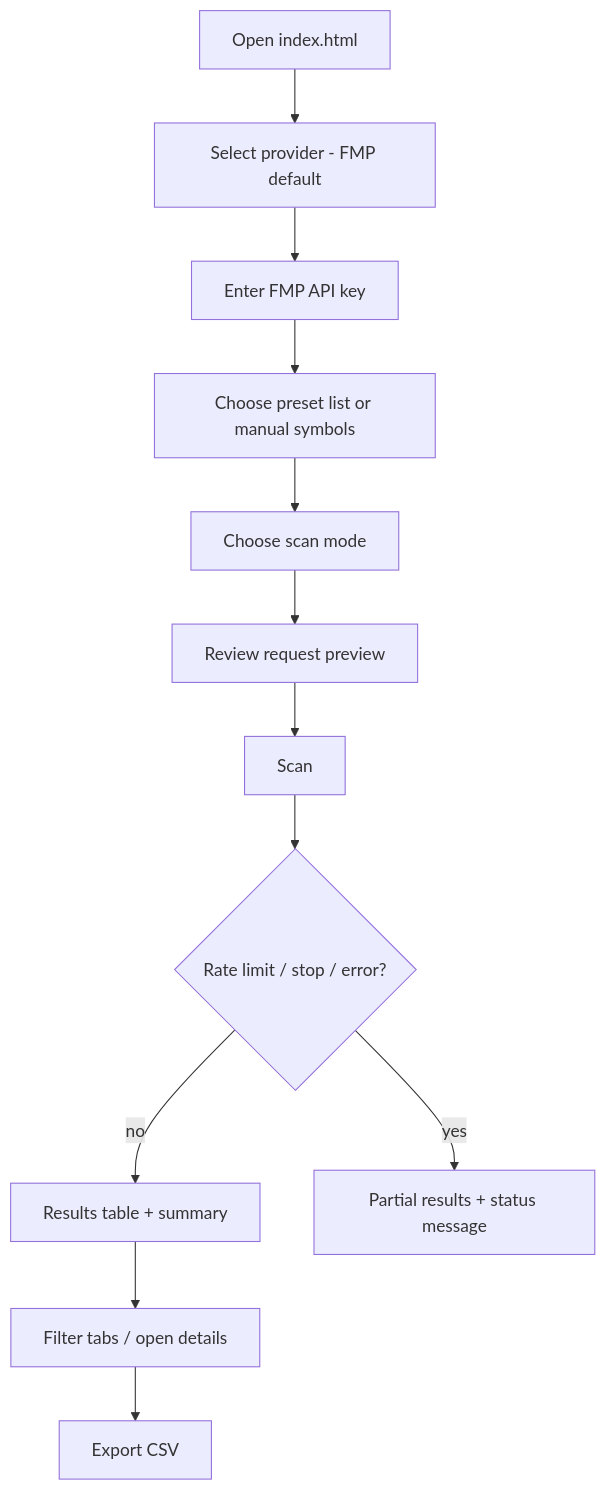
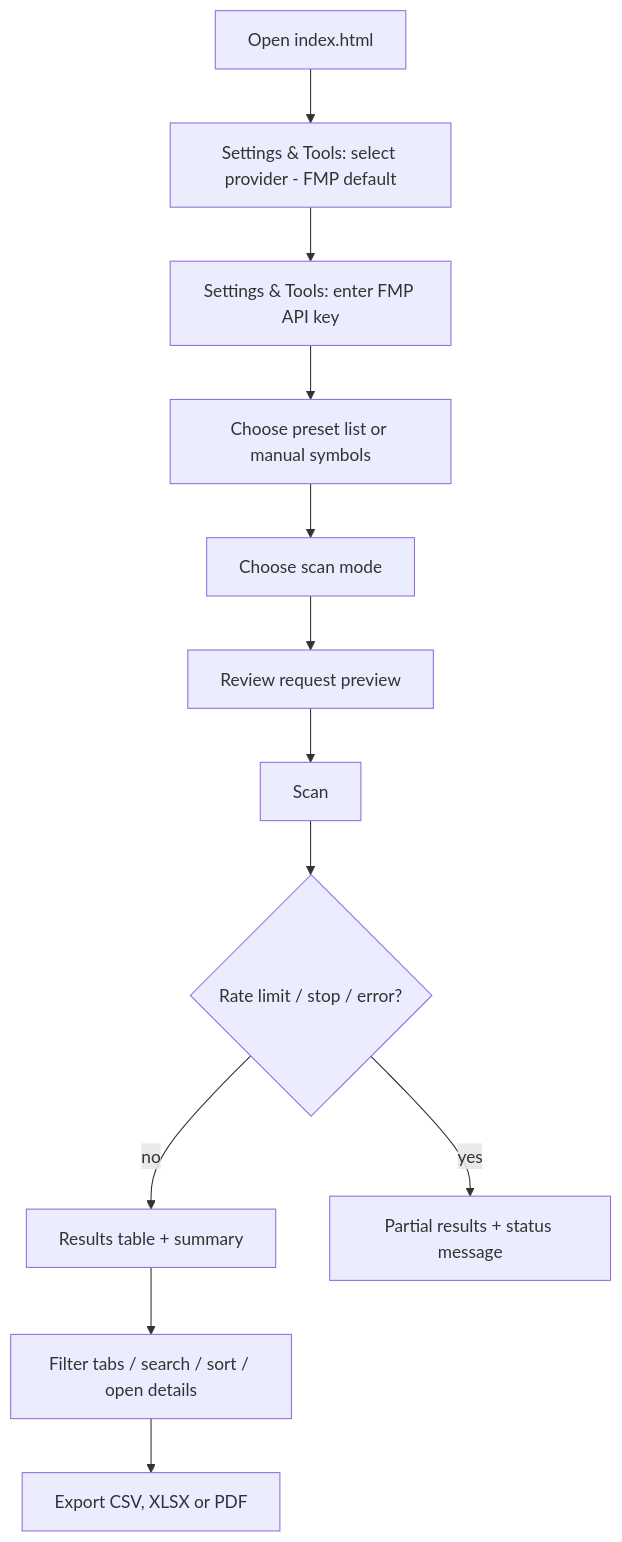
One commit to Shlomi-Hazan/value-stock-finder changed the diagram in SPEC.md. Above: the diagram before and after it, drawn with Mermaid. The commit also changed other lines of this file and 10 other files, not shown here.

````diff
--- a/SPEC.md
+++ b/SPEC.md
@@ -46,14 +46,14 @@
 ```mermaid
 flowchart TD
-  A[Open index.html] --> B[Select provider - FMP default]
-  B --> C[Enter FMP API key]
+  A[Open index.html] --> B[Settings & Tools: select provider - FMP default]
+  B --> C[Settings & Tools: enter FMP API key]
   C --> D[Choose preset list or manual symbols]
   D --> E[Choose scan mode]
   E --> F[Review request preview]
   F --> G[Scan]
   G --> H{Rate limit / stop / error?}
   H -- no --> I[Results table + summary]
   H -- yes --> J[Partial results + status message]
-  I --> K[Filter tabs / open details]
-  K --> L[Export CSV]
+  I --> K[Filter tabs / search / sort / open details]
+  K --> L[Export CSV, XLSX or PDF]
 ```
````
